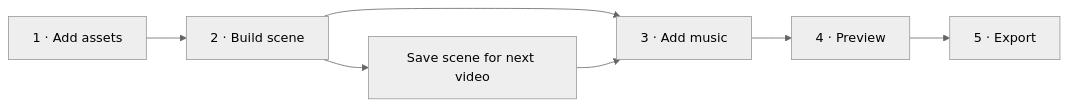
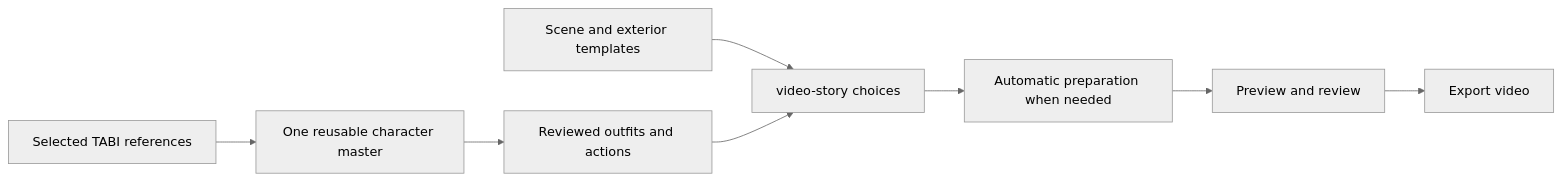
One commit to nanaki-93/video-story changed the diagram in docs/tasks.md. Above: the diagram before and after it, drawn with Mermaid (neutral theme). The commit also changed other lines of this file, not shown here.

Commit message:
T39: plan reusable TABI production with automatic preparation gates

````diff
--- a/docs/tasks.md
+++ b/docs/tasks.md
@@ -81,9 +89,10 @@
 ```mermaid
 flowchart LR
-    A[1 · Add assets] --> B[2 · Build scene]
-    B --> C[3 · Add music]
-    C --> D[4 · Preview]
-    D --> E[5 · Export]
-    B --> S[Save scene for next video]
-    S --> C
+    R[Selected TABI references] --> M[One reusable character master]
+    M --> L[Reviewed outfits and actions]
+    S[Scene and exterior templates] --> V[video-story choices]
+    L --> V
+    V --> P[Automatic preparation when needed]
+    P --> C[Preview and review]
+    C --> E[Export video]
 ```
````
